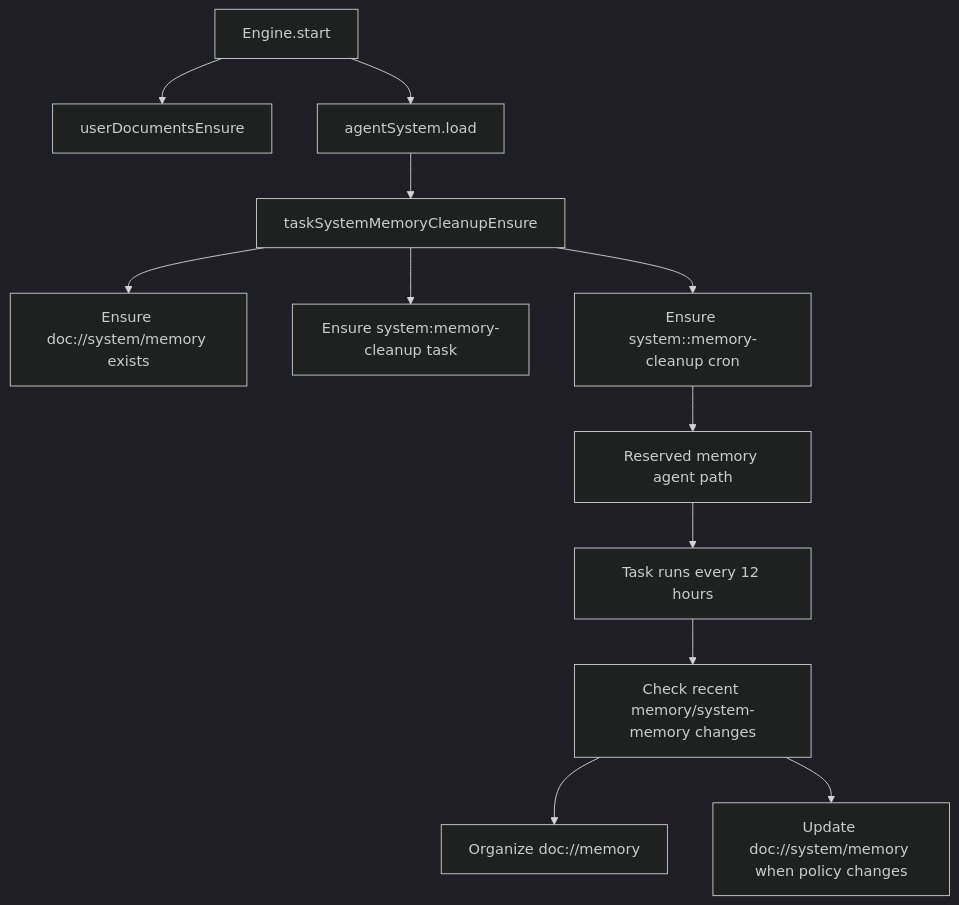
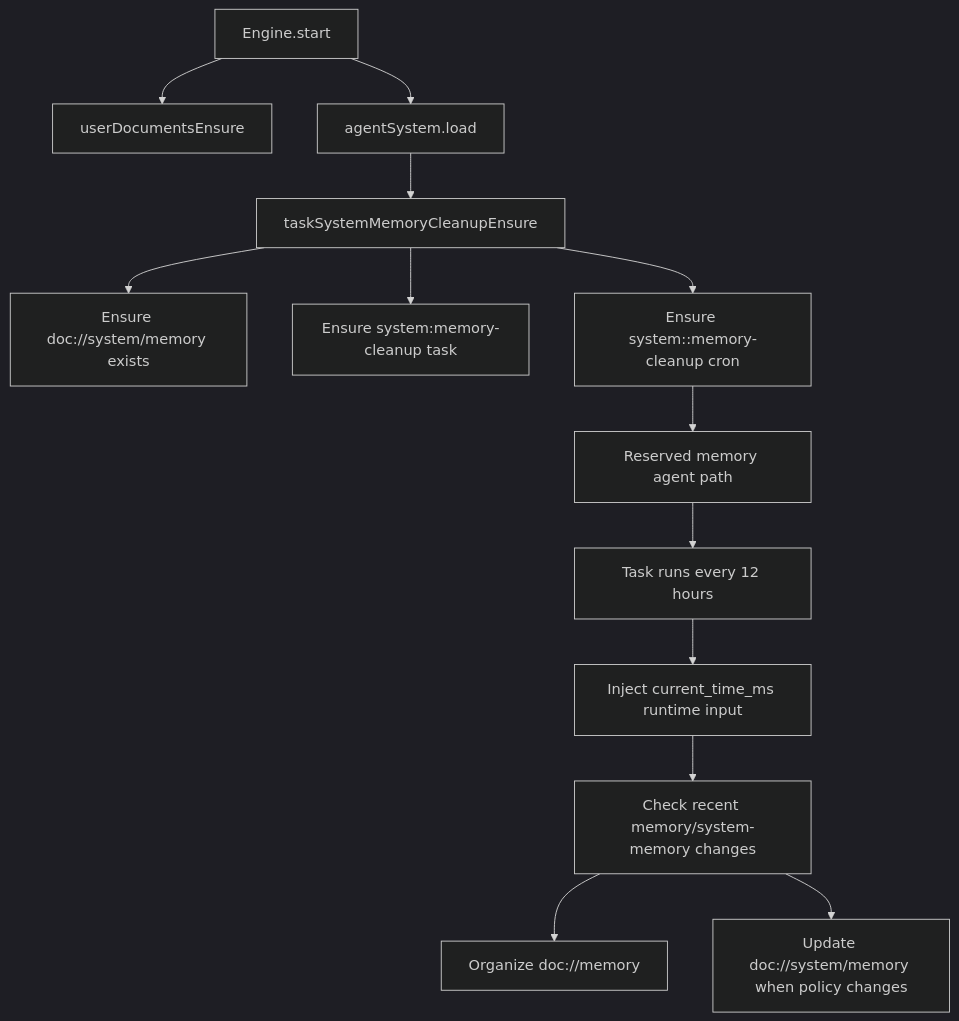
One commit to ex3ndr/daycare changed the diagram in doc/system-memory-cleanup-automation.md. Above: the diagram before and after it, drawn with Mermaid (dark theme). The commit also changed other lines of this file and 5 other files, not shown here.

Commit message:
fix: validate system memory task runtime

````diff
--- a/doc/system-memory-cleanup-automation.md
+++ b/doc/system-memory-cleanup-automation.md
@@ -25,14 +25,15 @@
 ```mermaid
 flowchart TD
     A[Engine.start] --> B[userDocumentsEnsure]
     A --> C[agentSystem.load]
     C --> D[taskSystemMemoryCleanupEnsure]
     D --> E[Ensure doc://system/memory exists]
     D --> F[Ensure system:memory-cleanup task]
     D --> G[Ensure system:<userId>:memory-cleanup cron]
     G --> H[Reserved memory agent path]
     H --> I[Task runs every 12 hours]
-    I --> J[Check recent memory/system-memory changes]
-    J --> K[Organize doc://memory]
-    J --> L[Update doc://system/memory when policy changes]
+    I --> J[Inject current_time_ms runtime input]
+    J --> K[Check recent memory/system-memory changes]
+    K --> L[Organize doc://memory]
+    K --> M[Update doc://system/memory when policy changes]
 ```
````
